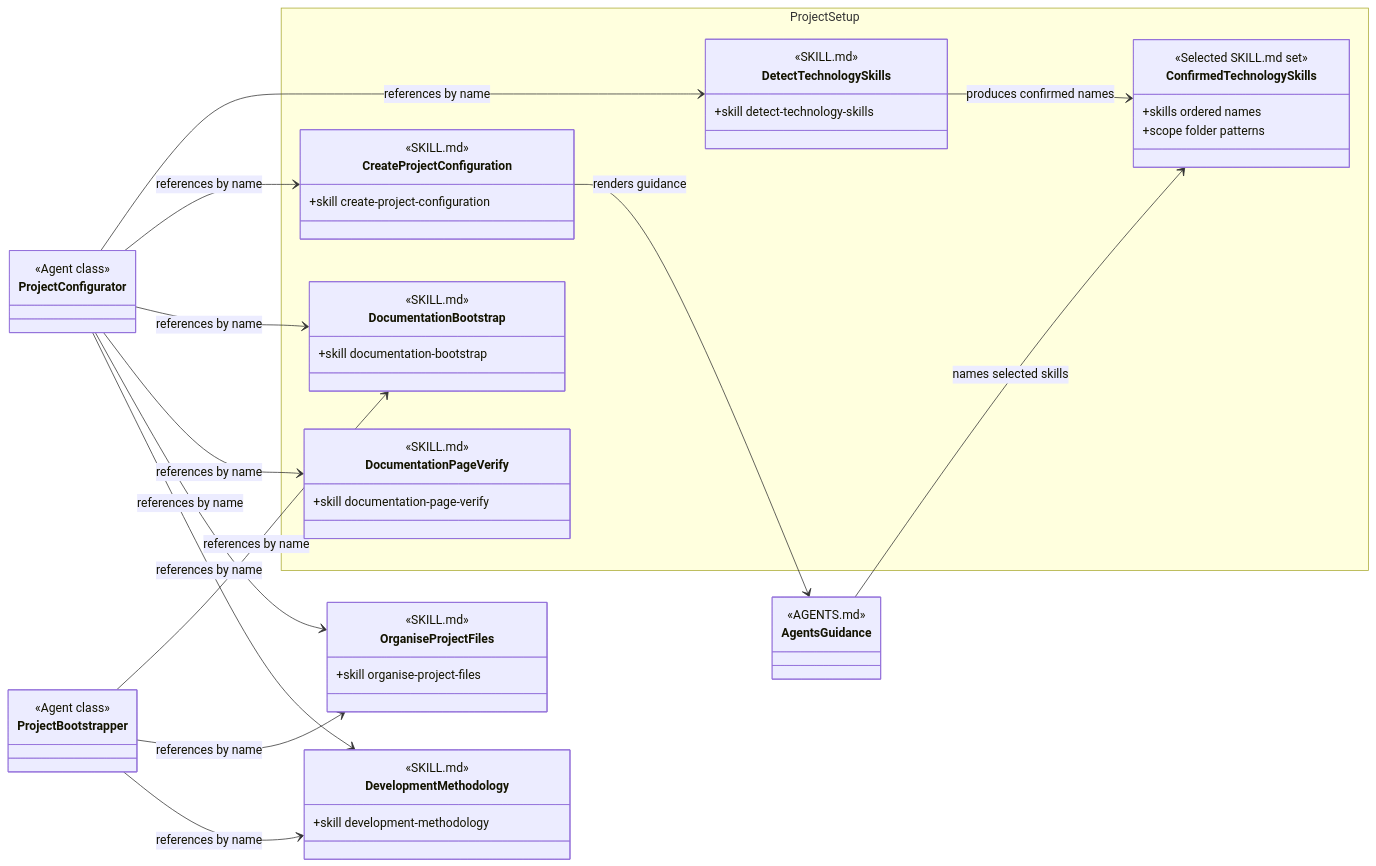
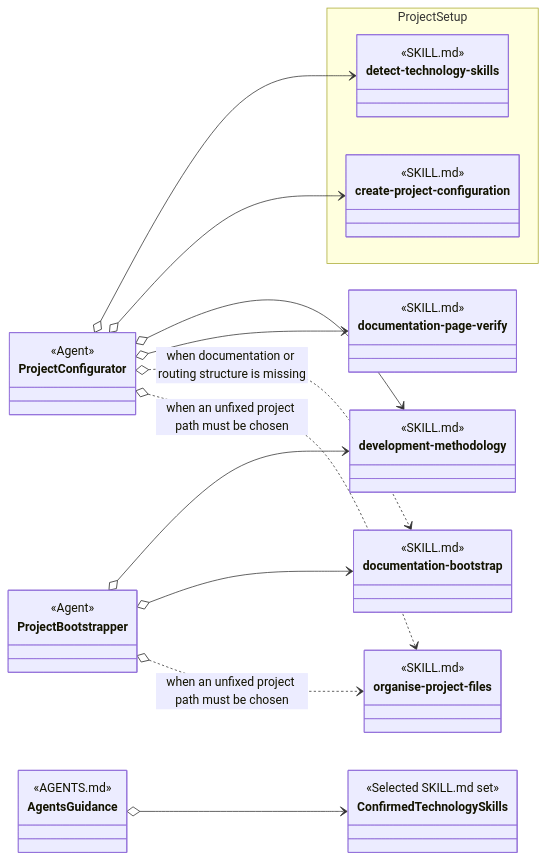
One commit to martinbechard/dev-methodology changed the diagram in design/skill-groups/project-setup.md. Above: the diagram before and after it, drawn with Mermaid. The commit also changed other lines of this file and 9 other files, not shown here.

````diff
--- a/design/skill-groups/project-setup.md
+++ b/design/skill-groups/project-setup.md
@@ -11,73 +11,65 @@
 ```mermaid
 classDiagram
     direction LR
 
     class ProjectConfigurator {
-        <<Agent class>>
+        <<Agent>>
     }
 
     class ProjectBootstrapper {
-        <<Agent class>>
+        <<Agent>>
     }
 
     namespace ProjectSetup {
-        class DetectTechnologySkills {
+        class detect-technology-skills {
             <<SKILL.md>>
             <<Agent Skill>>
-            +skill detect-technology-skills
         }
 
-        class CreateProjectConfiguration {
+        class create-project-configuration {
             <<SKILL.md>>
             <<Agent Skill>>
-            +skill create-project-configuration
-        }
-
-        class DocumentationBootstrap {
-            <<SKILL.md>>
-            <<Agent Skill>>
-            +skill documentation-bootstrap
-        }
-
-        class DocumentationPageVerify {
-            <<SKILL.md>>
-            <<Agent Skill>>
-            +skill documentation-page-verify
-        }
-
-        class ConfirmedTechnologySkills {
-            <<Selected SKILL.md set>>
-            +skills ordered names
-            +scope folder patterns
         }
     }
 
-    class OrganiseProjectFiles {
+    class development-methodology {
         <<SKILL.md>>
         <<Cross-group>>
-        +skill organise-project-files
     }
 
-    class DevelopmentMethodology {
+    class documentation-bootstrap {
         <<SKILL.md>>
         <<Cross-group>>
-        +skill development-methodology
+    }
+
+    class documentation-page-verify {
+        <<SKILL.md>>
+        <<Cross-group>>
+    }
+
+    class organise-project-files {
+        <<SKILL.md>>
+        <<Cross-group>>
     }
 
     class AgentsGuidance {
         <<AGENTS.md>>
     }
 
-    ProjectConfigurator --> DetectTechnologySkills : references by name
-    ProjectConfigurator --> CreateProjectConfiguration : references by name
-    ProjectConfigurator --> DocumentationBootstrap : references by name
-    ProjectConfigurator --> DocumentationPageVerify : references by name
-    ProjectConfigurator --> OrganiseProjectFiles : references by name
-    ProjectConfigurator --> DevelopmentMethodology : references by name
-    ProjectBootstrapper --> DocumentationBootstrap : references by name
-    ProjectBootstrapper --> OrganiseProjectFiles : references by name
-    ProjectBootstrapper --> DevelopmentMethodology : references by name
-    DetectTechnologySkills --> ConfirmedTechnologySkills : produces confirmed names
-    CreateProjectConfiguration --> AgentsGuidance : renders guidance
-    AgentsGuidance --> ConfirmedTechnologySkills : names selected skills
+    class ConfirmedTechnologySkills {
+        <<Selected SKILL.md set>>
+    }
+
+    ProjectConfigurator o--> detect-technology-skills
+    ProjectConfigurator o--> create-project-configuration
+    ProjectConfigurator o--> development-methodology
+    ProjectConfigurator o--> documentation-page-verify
+    ProjectConfigurator o..> documentation-bootstrap : when documentation or routing structure is missing
+    ProjectConfigurator o..> organise-project-files : when an unfixed project path must be chosen
+
+    ProjectBootstrapper o--> development-methodology
+    ProjectBootstrapper o--> documentation-bootstrap
+    ProjectBootstrapper o..> organise-project-files : when an unfixed project path must be chosen
+
+    AgentsGuidance o--> ConfirmedTechnologySkills
 ```
````
